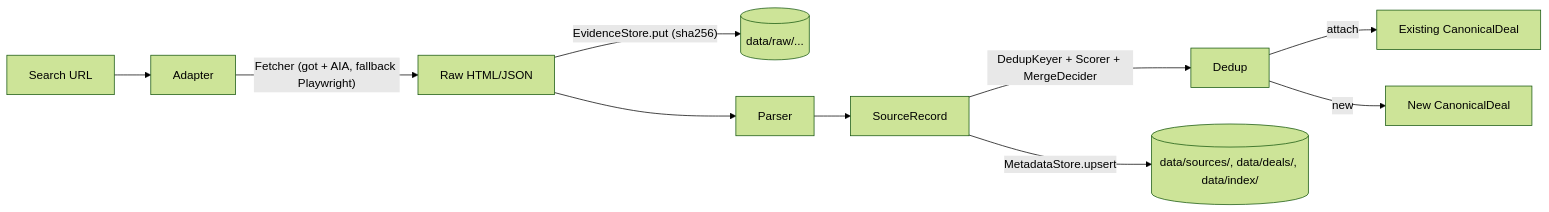
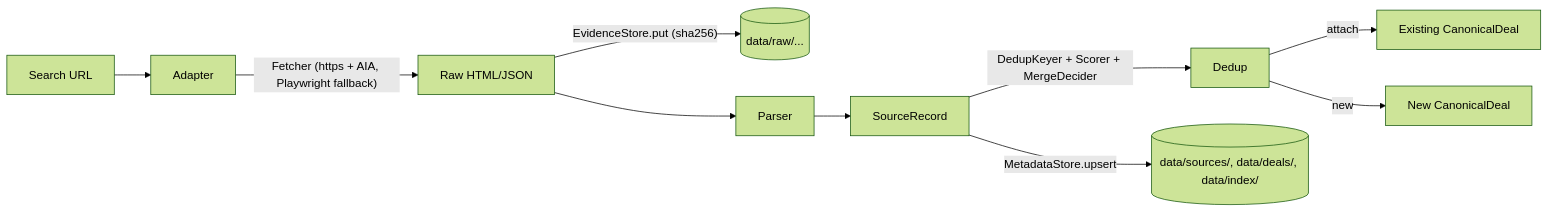
One commit to sramam/clearbolt changed the diagram in docs/phases/V0.md. Above: the diagram before and after it, drawn with Mermaid (forest theme). The commit also changed other lines of this file and 8 other files, not shown here.

First line of the commit message:
feat(scraper): AIA TLS for HttpFetcher + V0 doc alignment

````diff
--- a/docs/phases/V0.md
+++ b/docs/phases/V0.md
@@ -43,12 +43,12 @@
 ```mermaid
 flowchart LR
     URL[Search URL] --> Adapter
-    Adapter -->|"Fetcher (got + AIA, fallback Playwright)"| Raw[Raw HTML/JSON]
+    Adapter -->|"Fetcher (https + AIA, Playwright fallback)"| Raw[Raw HTML/JSON]
     Raw -->|"EvidenceStore.put (sha256)"| Disk1[(data/raw/...)]
     Raw --> Parser
     Parser --> SourceRecord
     SourceRecord -->|"DedupKeyer + Scorer + MergeDecider"| Dedup
     Dedup -->|"attach"| Existing[Existing CanonicalDeal]
     Dedup -->|"new"| New[New CanonicalDeal]
     SourceRecord -->|"MetadataStore.upsert"| Disk2[(data/sources/, data/deals/, data/index/)]
 ```
````
